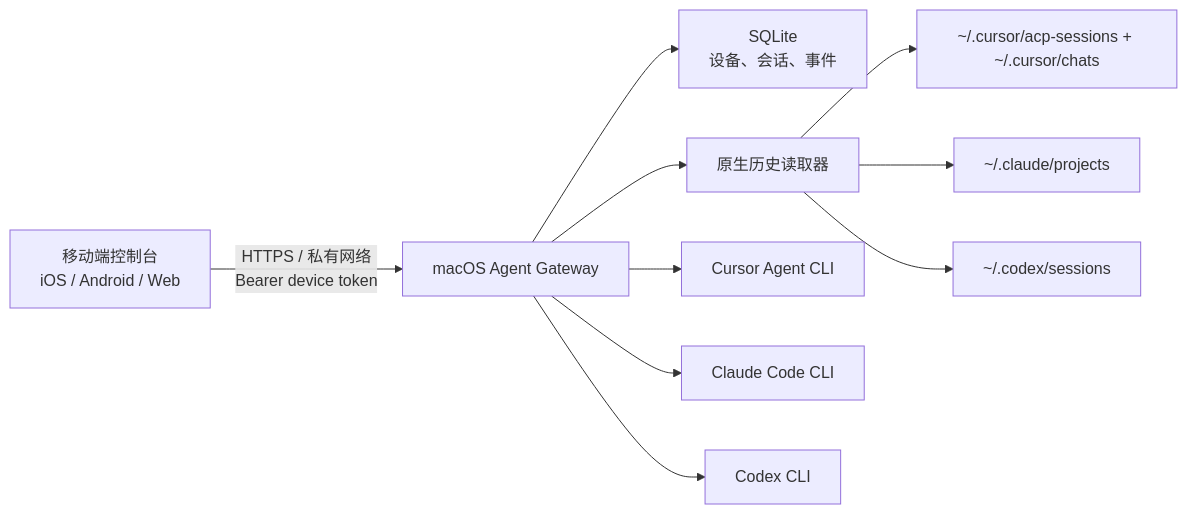
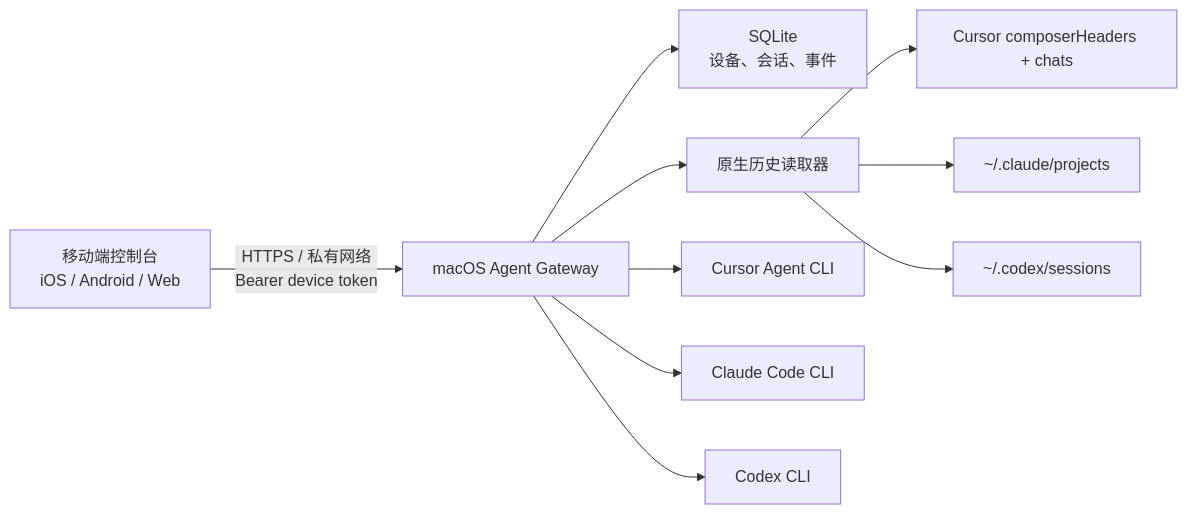
One commit to kipkcl2016/remote-agent changed the diagram in docs/architecture.md. Above: the diagram before and after it, drawn with Mermaid. The commit also changed other lines of this file and 17 other files, not shown here.

````diff
--- a/docs/architecture.md
+++ b/docs/architecture.md
@@ -8,12 +8,12 @@
 ```mermaid
 flowchart LR
   M["移动端控制台\niOS / Android / Web"] -->|"HTTPS / 私有网络\nBearer device token"| G["macOS Agent Gateway"]
   G --> S["SQLite\n设备、会话、事件"]
   G --> H["原生历史读取器"]
   G --> C1["Cursor Agent CLI"]
   G --> C2["Claude Code CLI"]
   G --> C3["Codex CLI"]
-  H --> F1["~/.cursor/acp-sessions + ~/.cursor/chats"]
+  H --> F1["Cursor composerHeaders + chats"]
   H --> F2["~/.claude/projects"]
   H --> F3["~/.codex/sessions"]
 ```
````
